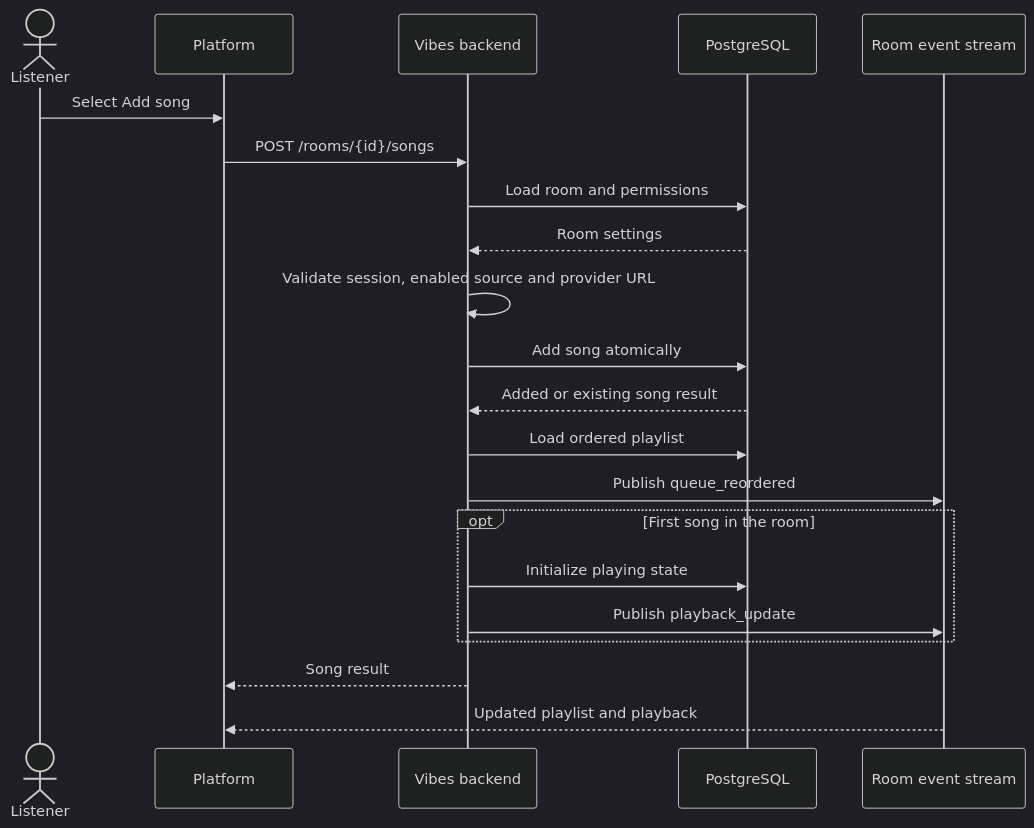
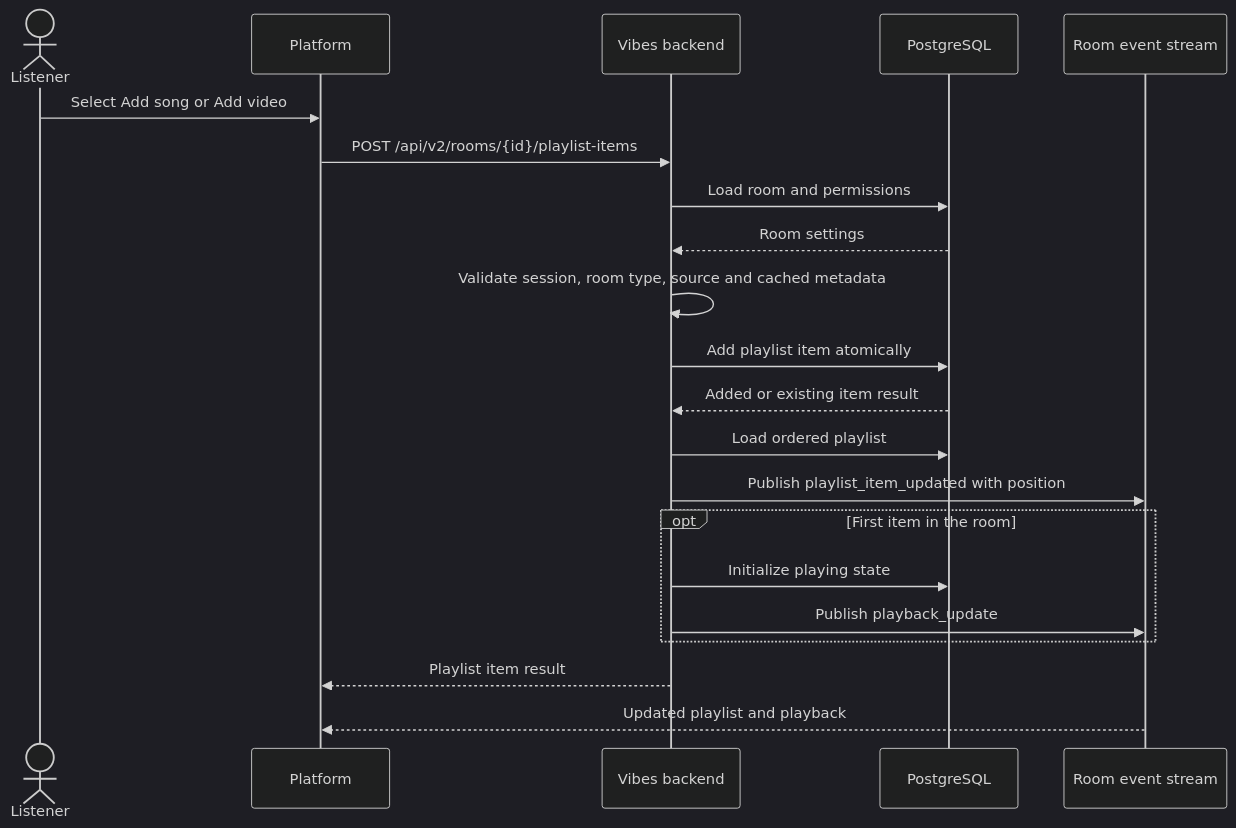
One commit to zoff-music/vibes-backend changed the first of 3 diagrams in docs/flows/songs.md. Above: the diagram before and after it, drawn with Mermaid (dark theme). The commit also changed other lines of this file and 69 other files, not shown here.

````diff
--- a/docs/flows/songs.md
+++ b/docs/flows/songs.md
@@ -18,26 +19,26 @@
 ```mermaid
 sequenceDiagram
     actor Listener
     participant Platform
     participant API as Vibes backend
     participant DB as PostgreSQL
     participant Events as Room event stream
 
-    Listener->>Platform: Select Add song
-    Platform->>API: POST /rooms/{id}/songs
+    Listener->>Platform: Select Add song or Add video
+    Platform->>API: POST /api/v2/rooms/{id}/playlist-items
     API->>DB: Load room and permissions
     DB-->>API: Room settings
-    API->>API: Validate session, enabled source and provider URL
-    API->>DB: Add song atomically
-    DB-->>API: Added or existing song result
+    API->>API: Validate session, room type, source and cached metadata
+    API->>DB: Add playlist item atomically
+    DB-->>API: Added or existing item result
     API->>DB: Load ordered playlist
-    API->>Events: Publish queue_reordered
+    API->>Events: Publish playlist_item_updated with position
 
-    opt First song in the room
+    opt First item in the room
         API->>DB: Initialize playing state
         API->>Events: Publish playback_update
     end
 
-    API-->>Platform: Song result
+    API-->>Platform: Playlist item result
     Events-->>Platform: Updated playlist and playback
 ```
````
